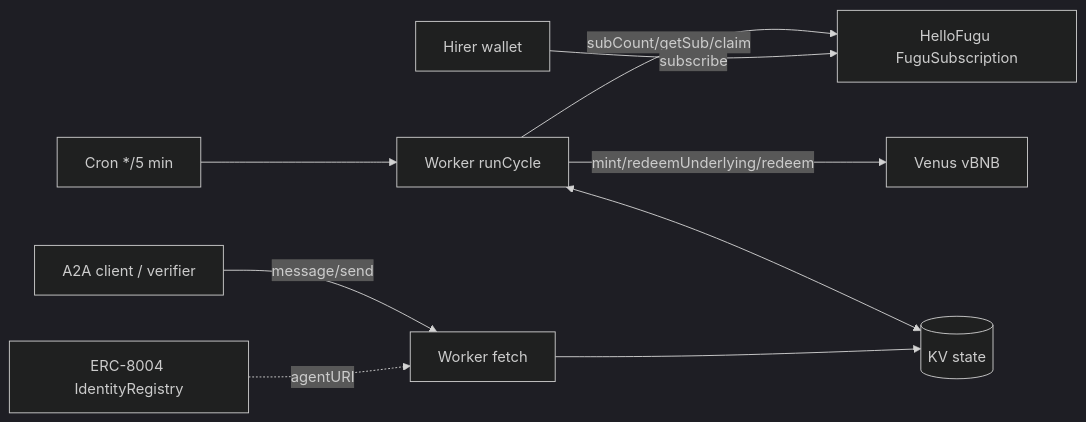
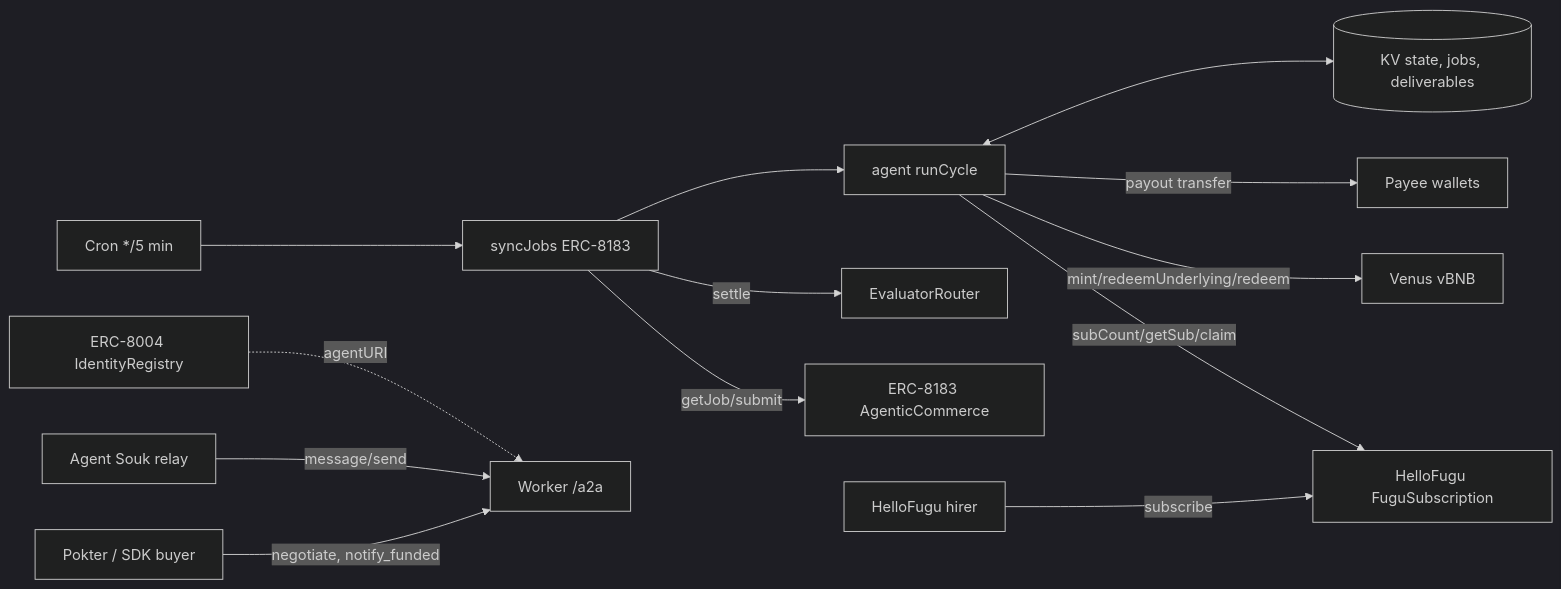
The diagram in docs/system-architecture.md (Suharaz/venus-yield-keeper), drawn with Mermaid (dark theme) before and after one commit. The commit also changed other lines of this file and 35 other files, not shown here.

Commit message:
feat: Runway Treasurer treasury agent, ERC-8183 provider for Pokter, live dashboard, shared agent framework

````diff
--- a/docs/system-architecture.md
+++ b/docs/system-architecture.md
@@ -3,11 +3,15 @@
 ```mermaid
 flowchart LR
-  Cron[Cron */5 min] --> Agent[Worker runCycle]
-  Agent -->|subCount/getSub/claim| Fugu[HelloFugu FuguSubscription]
-  Agent -->|mint/redeemUnderlying/redeem| Venus[Venus vBNB]
-  Agent <--> KV[(KV state)]
-  Hirer[Hirer wallet] -->|subscribe| Fugu
-  Client[A2A client / verifier] -->|message/send| Worker[Worker fetch]
-  Worker --> KV
-  Registry[ERC-8004 IdentityRegistry] -.agentURI.-> Worker
+  Cron[Cron */5 min] --> Jobs[syncJobs ERC-8183]
+  Jobs -->|getJob/submit| Commerce[ERC-8183 AgenticCommerce]
+  Jobs -->|settle| Router[EvaluatorRouter]
+  Jobs --> Cycle[agent runCycle]
+  Cycle -->|subCount/getSub/claim| Fugu[HelloFugu FuguSubscription]
+  Cycle -->|mint/redeemUnderlying/redeem| Venus[Venus vBNB]
+  Cycle -->|payout transfer| Payee[Payee wallets]
+  Cycle <--> KV[(KV state, jobs, deliverables)]
+  Buyer[Pokter / SDK buyer] -->|negotiate, notify_funded| A2A[Worker /a2a]
+  Souk[Agent Souk relay] -->|message/send| A2A
+  Hirer[HelloFugu hirer] -->|subscribe| Fugu
+  Registry[ERC-8004 IdentityRegistry] -.agentURI.-> A2A
 ```
````
